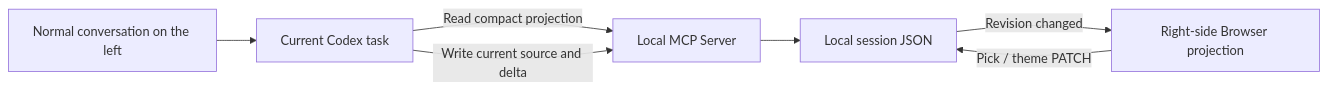
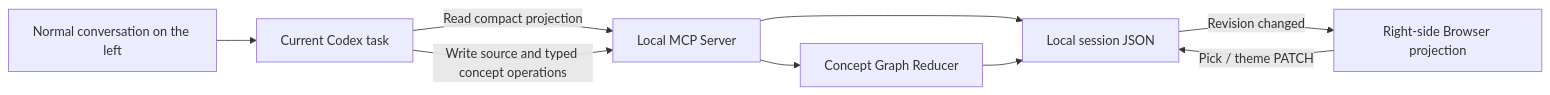
The diagram in README_EN.md (prozacLaputa/vibe-canvas), drawn with Mermaid before and after one commit. The commit also changed other lines of this file and 13 other files, not shown here.

````diff
--- a/README_EN.md
+++ b/README_EN.md
@@ -91,9 +98,11 @@
 ```mermaid
 flowchart LR
     U[Normal conversation on the left] --> C[Current Codex task]
     C -->|Read compact projection| M[Local MCP Server]
-    C -->|Write current source and delta| M
+    C -->|Write source and typed concept operations| M
     M --> J[Local session JSON]
+    M --> R[Concept Graph Reducer]
+    R --> J
     J -->|Revision changed| B[Right-side Browser projection]
     B -->|Pick / theme PATCH| J
 ```
````
